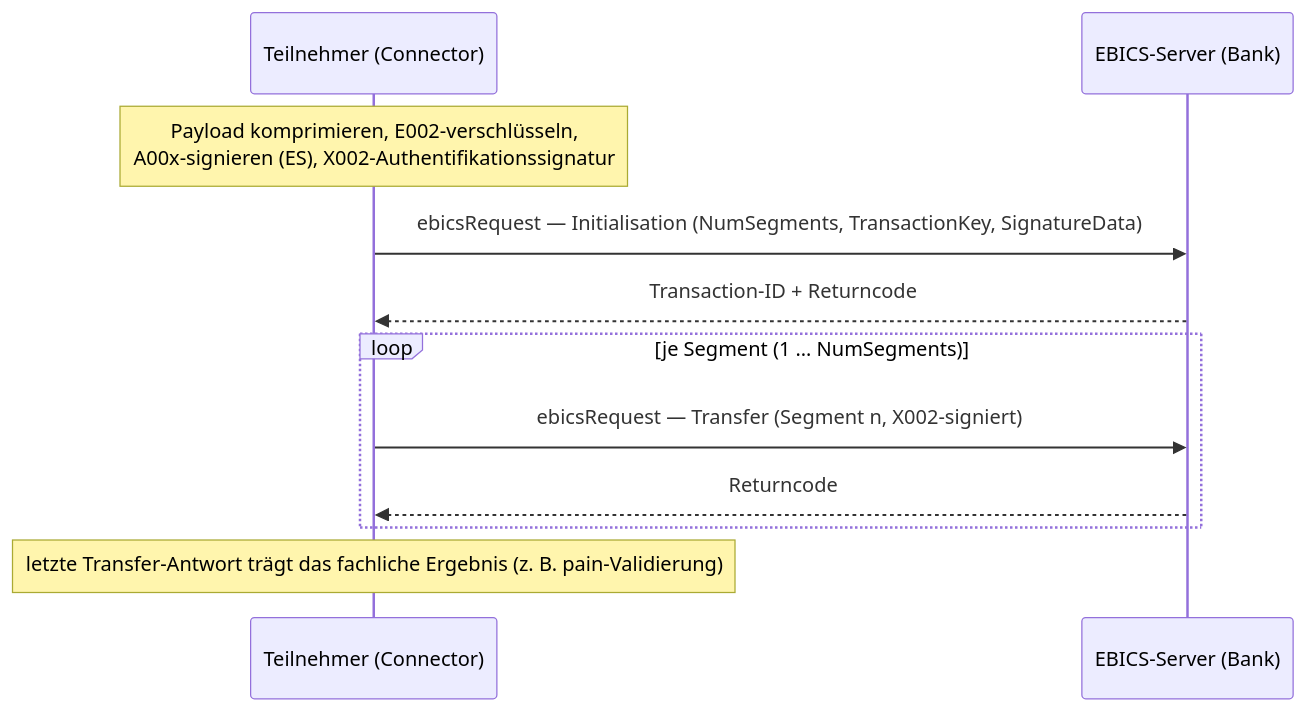
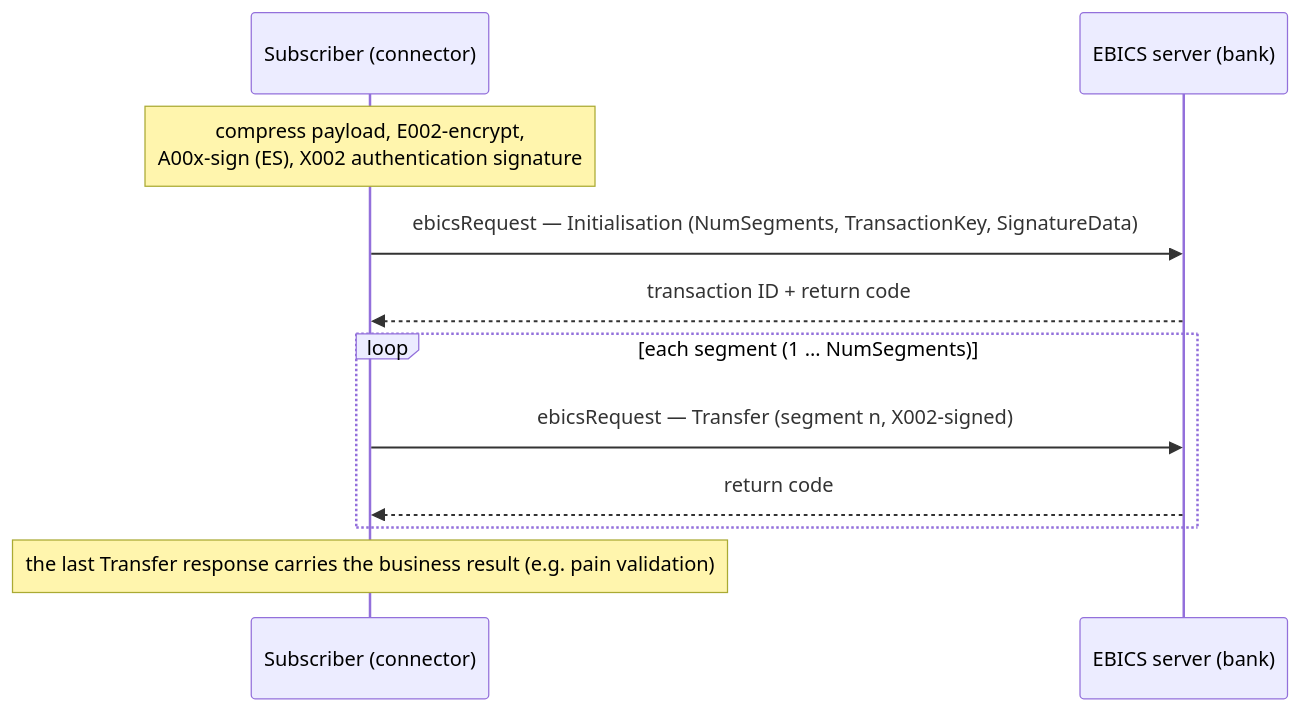
The diagram in docs/connector/upload.md (dominikz98/ebico), drawn with Mermaid before and after one commit. The commit also changed other lines of this file and 59 other files, not shown here.

````diff
--- a/docs/connector/upload.md
+++ b/docs/connector/upload.md
@@ -23,13 +23,13 @@
 ```mermaid
 sequenceDiagram
-    participant C as Teilnehmer (Connector)
-    participant S as EBICS-Server (Bank)
-    Note over C: Payload komprimieren, E002-verschlüsseln,<br/>A00x-signieren (ES), X002-Authentifikationssignatur
+    participant C as Subscriber (connector)
+    participant S as EBICS server (bank)
+    Note over C: compress payload, E002-encrypt,<br/>A00x-sign (ES), X002 authentication signature
     C->>S: ebicsRequest — Initialisation (NumSegments, TransactionKey, SignatureData)
-    S-->>C: Transaction-ID + Returncode
-    loop je Segment (1 … NumSegments)
-        C->>S: ebicsRequest — Transfer (Segment n, X002-signiert)
-        S-->>C: Returncode
+    S-->>C: transaction ID + return code
+    loop each segment (1 … NumSegments)
+        C->>S: ebicsRequest — Transfer (segment n, X002-signed)
+        S-->>C: return code
     end
-    Note over C: letzte Transfer-Antwort trägt das fachliche Ergebnis (z. B. pain-Validierung)
+    Note over C: the last Transfer response carries the business result (e.g. pain validation)
 ```
````
